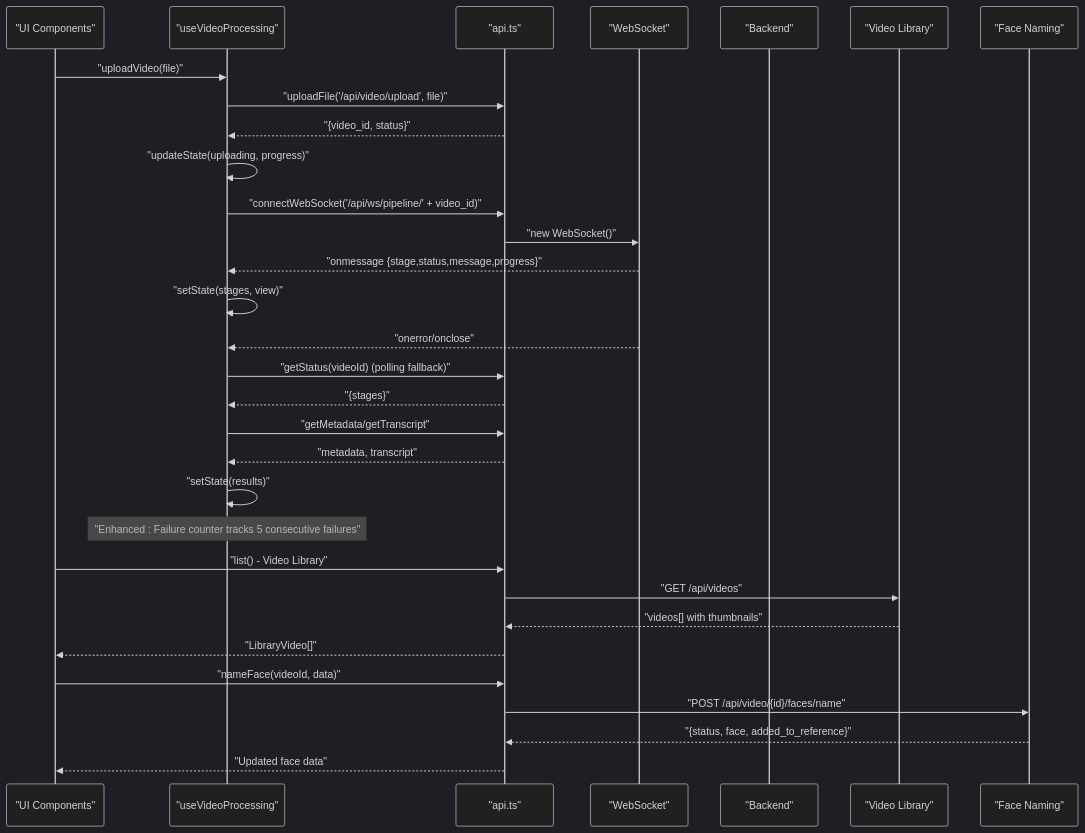
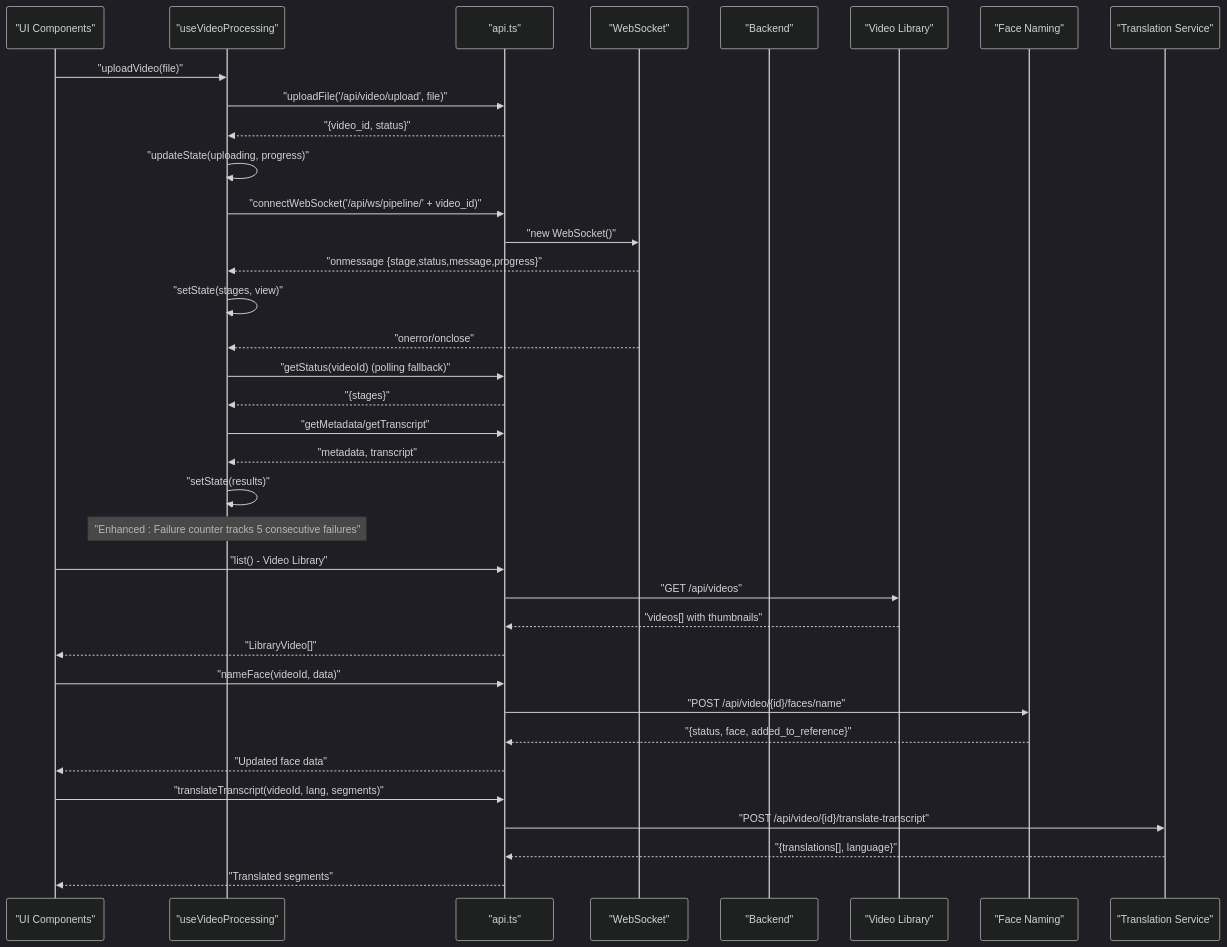
The second of 3 diagrams in .qoder/repowiki/en/content/Frontend Application/API Integration & State Management.md (alexandreybasta-cyber/dubai-media-ai), drawn with Mermaid (dark theme) before and after one commit. The commit also changed other lines of this file and 73 other files, not shown here.

````diff
--- a/.qoder/repowiki/en/content/Frontend Application/API Integration & State Management.md
+++ b/.qoder/repowiki/en/content/Frontend Application/API Integration & State Management.md
@@ -179,33 +193,38 @@
 ```mermaid
 sequenceDiagram
 participant UI as "UI Components"
 participant Hook as "useVideoProcessing"
 participant API as "api.ts"
 participant WS as "WebSocket"
 participant BE as "Backend"
 participant Lib as "Video Library"
 participant Face as "Face Naming"
+participant Trans as "Translation Service"
 UI->>Hook : "uploadVideo(file)"
 Hook->>API : "uploadFile('/api/video/upload', file)"
 API-->>Hook : "{video_id, status}"
 Hook->>Hook : "updateState(uploading, progress)"
 Hook->>API : "connectWebSocket('/api/ws/pipeline/' + video_id)"
 API->>WS : "new WebSocket()"
 WS-->>Hook : "onmessage {stage,status,message,progress}"
 Hook->>Hook : "setState(stages, view)"
 WS-->>Hook : "onerror/onclose"
 Hook->>API : "getStatus(videoId) (polling fallback)"
 API-->>Hook : "{stages}"
 Hook->>API : "getMetadata/getTranscript"
 API-->>Hook : "metadata, transcript"
 Hook->>Hook : "setState(results)"
 Note over Hook : "Enhanced : Failure counter tracks 5 consecutive failures"
 UI->>API : "list() - Video Library"
 API->>Lib : "GET /api/videos"
 Lib-->>API : "videos[] with thumbnails"
 API-->>UI : "LibraryVideo[]"
 UI->>API : "nameFace(videoId, data)"
 API->>Face : "POST /api/video/{id}/faces/name"
 Face-->>API : "{status, face, added_to_reference}"
 API-->>UI : "Updated face data"
+UI->>API : "translateTranscript(videoId, lang, segments)"
+API->>Trans : "POST /api/video/{id}/translate-transcript"
+Trans-->>API : "{translations[], language}"
+API-->>UI : "Translated segments"
 ```
````
